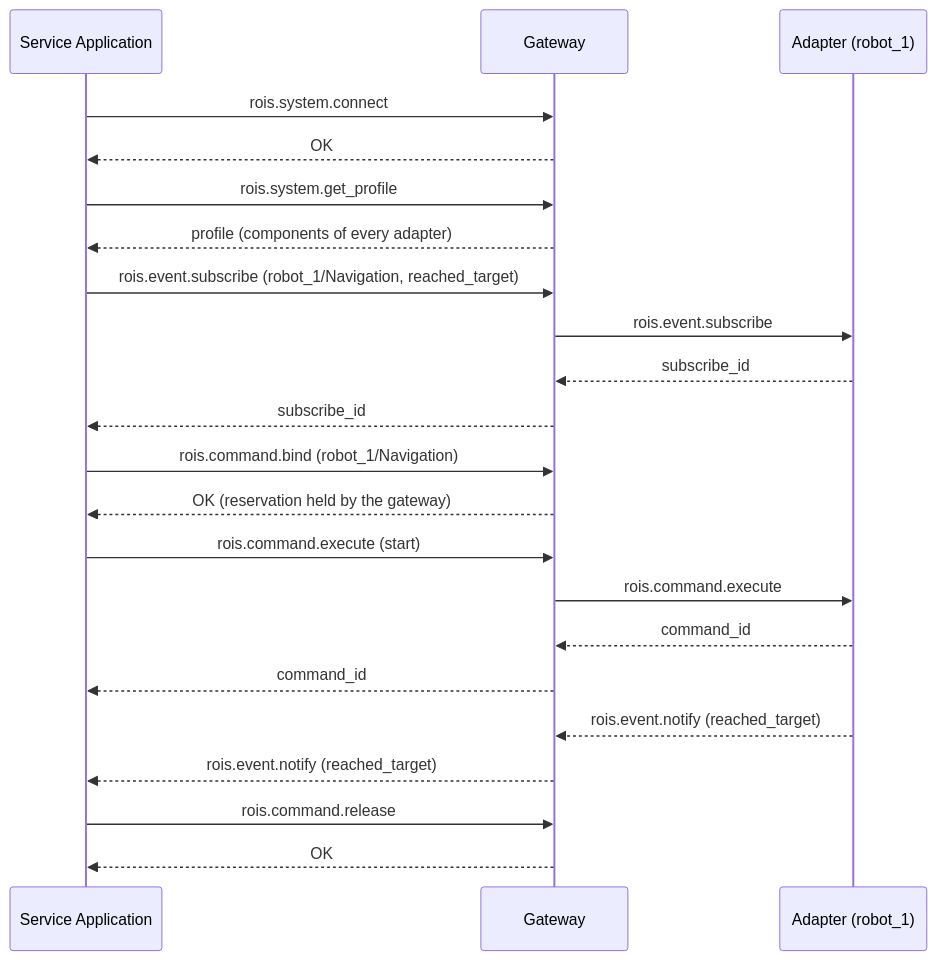
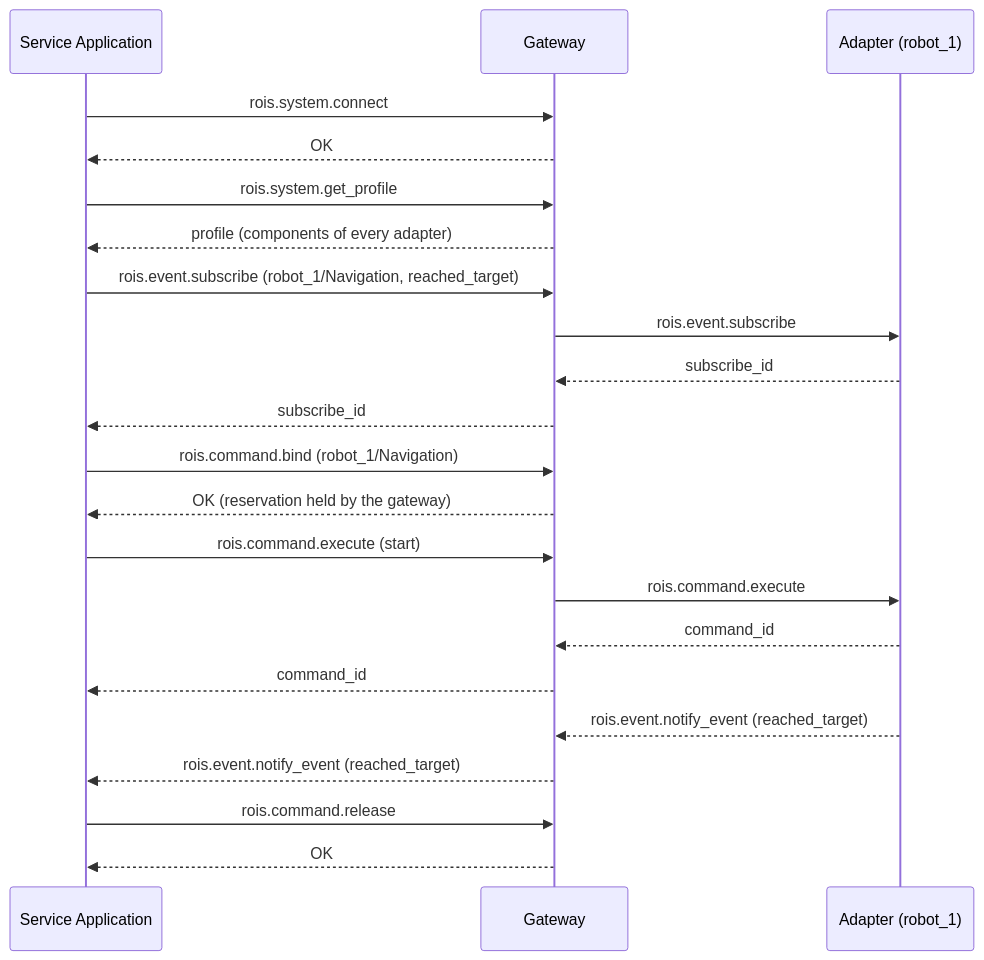
One commit to openrois/openrois-docs changed the diagram in docs/reference/wire-protocol.md. Above: the diagram before and after it, drawn with Mermaid. The commit also changed other lines of this file and 1 other file, not shown here.

````diff
--- a/docs/reference/wire-protocol.md
+++ b/docs/reference/wire-protocol.md
@@ -107,24 +109,24 @@
 ```mermaid
 sequenceDiagram
     participant App as Service Application
     participant GW as Gateway
     participant AD as Adapter (robot_1)
     App->>GW: rois.system.connect
     GW-->>App: OK
     App->>GW: rois.system.get_profile
     GW-->>App: profile (components of every adapter)
     App->>GW: rois.event.subscribe (robot_1/Navigation, reached_target)
     GW->>AD: rois.event.subscribe
     AD-->>GW: subscribe_id
     GW-->>App: subscribe_id
     App->>GW: rois.command.bind (robot_1/Navigation)
     GW-->>App: OK (reservation held by the gateway)
     App->>GW: rois.command.execute (start)
     GW->>AD: rois.command.execute
     AD-->>GW: command_id
     GW-->>App: command_id
-    AD-->>GW: rois.event.notify (reached_target)
-    GW-->>App: rois.event.notify (reached_target)
+    AD-->>GW: rois.event.notify_event (reached_target)
+    GW-->>App: rois.event.notify_event (reached_target)
     App->>GW: rois.command.release
     GW-->>App: OK
 ```
````
